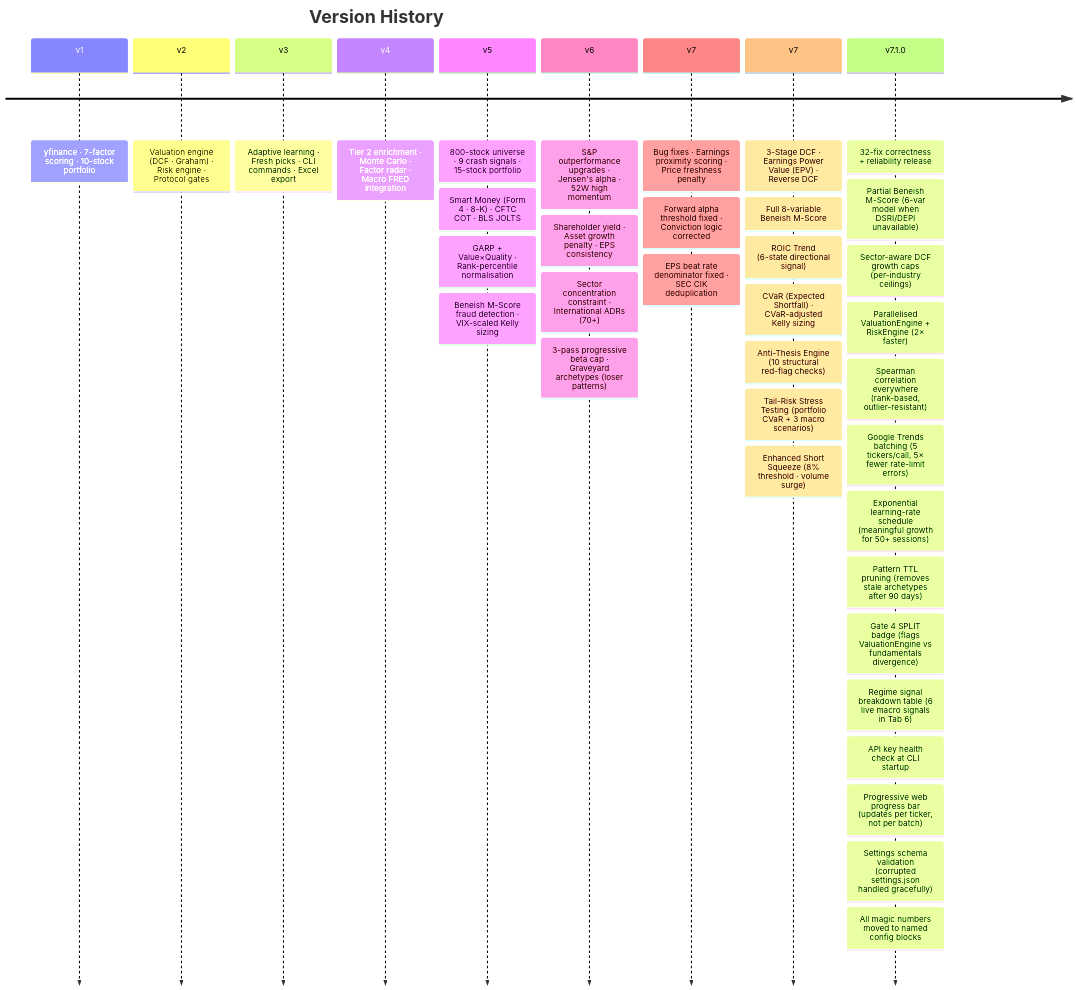
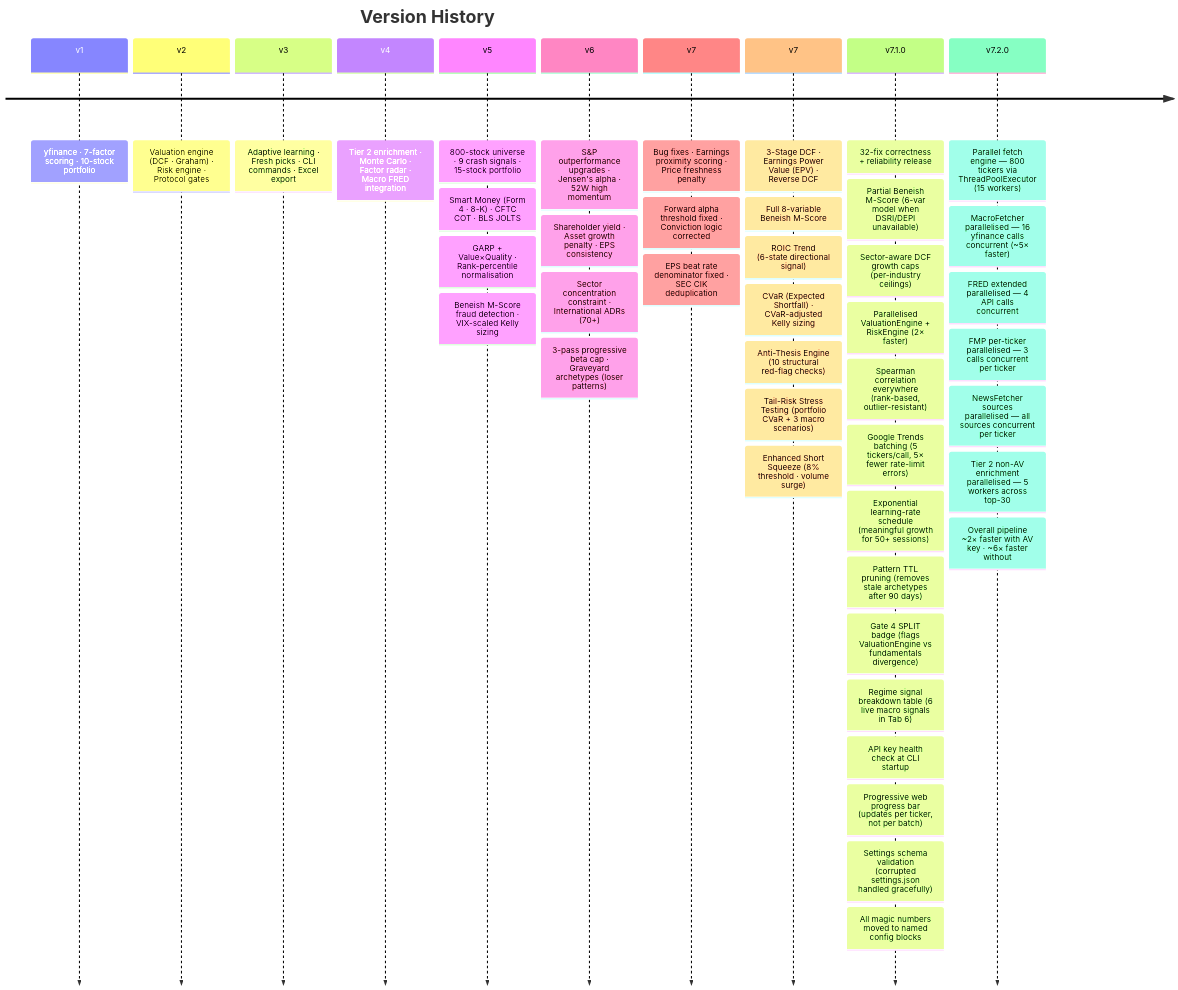
Before and after one commit to Justme-Cliff/Investing-ML: the fourth of 4 diagrams in README.md, drawn with Mermaid. The commit also changed other lines of this file and 7 other files, not shown here.

````diff
--- a/README.md
+++ b/README.md
@@ -784,40 +784,47 @@
 ```mermaid
 timeline
     title Version History
     v1 : yfinance · 7-factor scoring · 10-stock portfolio
     v2 : Valuation engine (DCF · Graham) · Risk engine · Protocol gates
     v3 : Adaptive learning · Fresh picks · CLI commands · Excel export
     v4 : Tier 2 enrichment · Monte Carlo · Factor radar · Macro FRED integration
     v5 : 800-stock universe · 9 crash signals · 15-stock portfolio
        : Smart Money (Form 4 · 8-K) · CFTC COT · BLS JOLTS
        : GARP + Value×Quality · Rank-percentile normalisation
        : Beneish M-Score fraud detection · VIX-scaled Kelly sizing
     v6 : S&P outperformance upgrades · Jensen's alpha · 52W high momentum
        : Shareholder yield · Asset growth penalty · EPS consistency
        : Sector concentration constraint · International ADRs (70+)
        : 3-pass progressive beta cap · Graveyard archetypes (loser patterns)
     v7 : Bug fixes · Earnings proximity scoring · Price freshness penalty
        : Forward alpha threshold fixed · Conviction logic corrected
        : EPS beat rate denominator fixed · SEC CIK deduplication
     v7 : 3-Stage DCF · Earnings Power Value (EPV) · Reverse DCF
        : Full 8-variable Beneish M-Score
        : ROIC Trend (6-state directional signal)
        : CVaR (Expected Shortfall) · CVaR-adjusted Kelly sizing
        : Anti-Thesis Engine (10 structural red-flag checks)
        : Tail-Risk Stress Testing (portfolio CVaR + 3 macro scenarios)
        : Enhanced Short Squeeze (8% threshold · volume surge)
     v7.1.0 : 32-fix correctness + reliability release
            : Partial Beneish M-Score (6-var model when DSRI/DEPI unavailable)
            : Sector-aware DCF growth caps (per-industry ceilings)
            : Parallelised ValuationEngine + RiskEngine (2× faster)
            : Spearman correlation everywhere (rank-based, outlier-resistant)
            : Google Trends batching (5 tickers/call, 5× fewer rate-limit errors)
            : Exponential learning-rate schedule (meaningful growth for 50+ sessions)
            : Pattern TTL pruning (removes stale archetypes after 90 days)
            : Gate 4 SPLIT badge (flags ValuationEngine vs fundamentals divergence)
            : Regime signal breakdown table (6 live macro signals in Tab 6)
            : API key health check at CLI startup
            : Progressive web progress bar (updates per ticker, not per batch)
            : Settings schema validation (corrupted settings.json handled gracefully)
            : All magic numbers moved to named config blocks
+    v7.2.0 : Parallel fetch engine — 800 tickers via ThreadPoolExecutor (15 workers)
+           : MacroFetcher parallelised — 16 yfinance calls concurrent (~5× faster)
+           : FRED extended parallelised — 4 API calls concurrent
+           : FMP per-ticker parallelised — 3 calls concurrent per ticker
+           : NewsFetcher sources parallelised — all sources concurrent per ticker
+           : Tier 2 non-AV enrichment parallelised — 5 workers across top-30
+           : Overall pipeline ~2× faster with AV key · ~6× faster without
 ```
````
